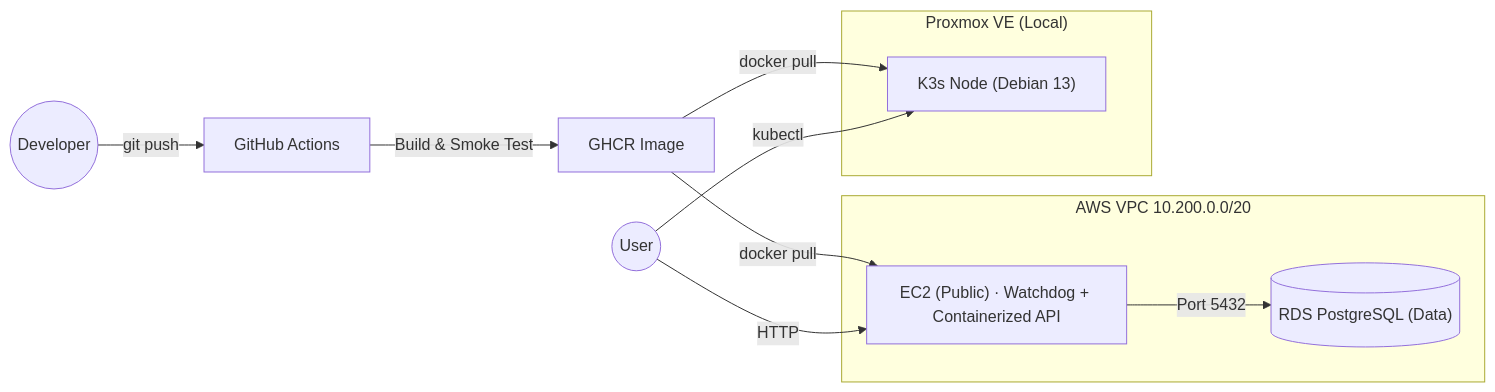
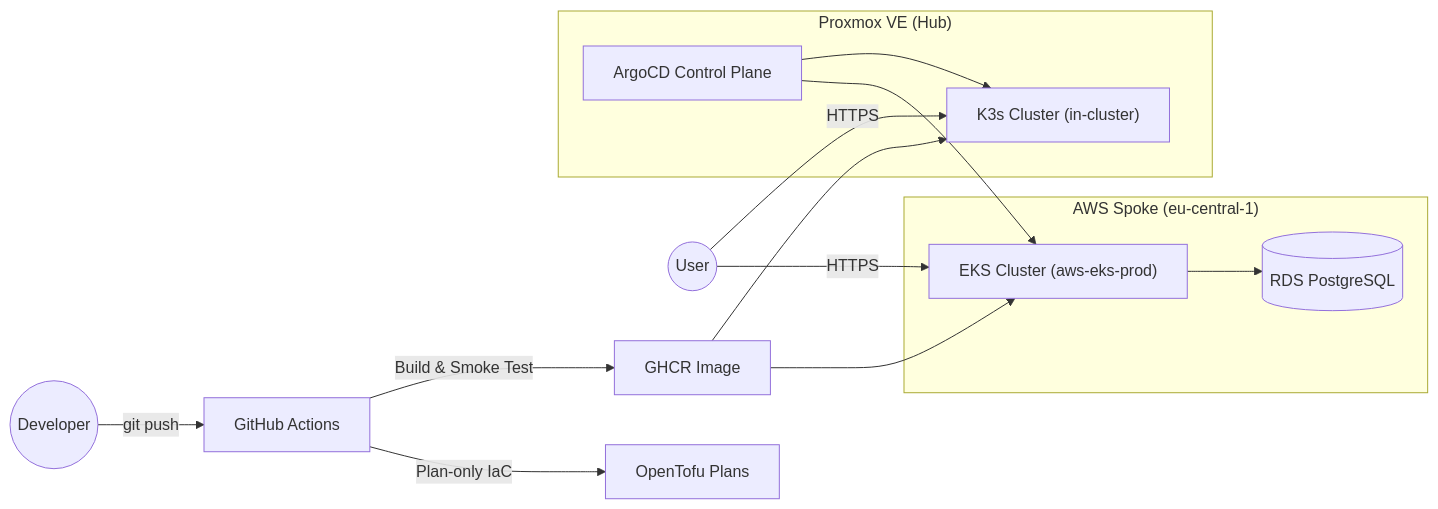
The diagram in README.md (Upwind1647/infrastructure-lab), drawn with Mermaid before and after one commit. The commit also changed other lines of this file and 4 other files, not shown here.

````diff
--- a/README.md
+++ b/README.md
@@ -15,20 +15,25 @@
 ```mermaid
 graph LR
     Dev((Developer)) -->|git push| GH[GitHub Actions]
     GH -->|Build & Smoke Test| GHCR[GHCR Image]
-    GHCR -->|docker pull| EC2
-    GHCR -->|docker pull| K3S
+    GH -->|Plan-only IaC| TF[OpenTofu Plans]
 
-    subgraph AWS ["AWS VPC 10.200.0.0/20"]
-      EC2["EC2 (Public) · Watchdog + Containerized API"]
-        RDS[("RDS PostgreSQL (Data)")]
-        EC2 -->|Port 5432| RDS
+    subgraph OnPrem ["Proxmox VE (Hub)"]
+      Argo["ArgoCD Control Plane"]
+      K3S["K3s Cluster (in-cluster)"]
+      Argo --> K3S
     end
 
-    subgraph Proxmox ["Proxmox VE (Local)"]
-        K3S["K3s Node (Debian 13)"]
+    subgraph AWS ["AWS Spoke (eu-central-1)"]
+      EKS["EKS Cluster (aws-eks-prod)"]
+      RDS[("RDS PostgreSQL")]
+      EKS --> RDS
     end
 
-    User((User)) -->|HTTP| EC2
-    User -->|kubectl| K3S
+    GHCR --> K3S
+    GHCR --> EKS
+    Argo --> EKS
+
+    User((User)) -->|HTTPS| K3S
+    User -->|HTTPS| EKS
 ```
````
